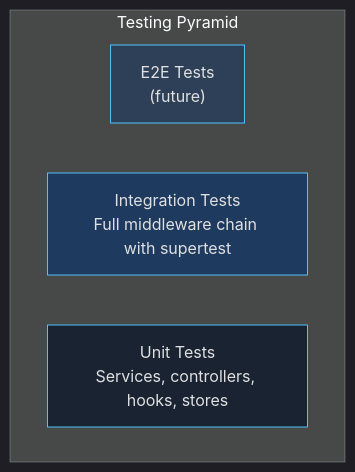
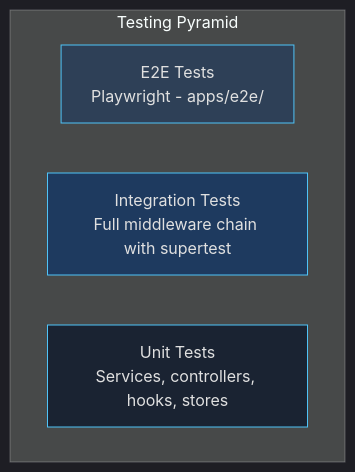
The diagram in project-docs/developer/testing/README.md (MichaelLeeHobbs/fullstack-template), drawn with Mermaid before and after one commit. The commit also changed other lines of this file and 11 other files, not shown here.

````diff
--- a/project-docs/developer/testing/README.md
+++ b/project-docs/developer/testing/README.md
@@ -11,13 +11,13 @@
 ```mermaid
 %%{init: {'theme': 'dark', 'themeVariables': {'primaryColor': '#1e3a5f', 'primaryTextColor': '#e0e0e0', 'primaryBorderColor': '#4fc3f7', 'lineColor': '#81d4fa', 'secondaryColor': '#2e4057', 'tertiaryColor': '#1a2332', 'noteTextColor': '#e0e0e0', 'noteBkgColor': '#2e4057', 'noteBorderColor': '#4fc3f7'}}}%%
 graph TB
     subgraph Pyramid["Testing Pyramid"]
-        E2E["E2E Tests<br/>(future)"]
+        E2E["E2E Tests<br/>Playwright - apps/e2e/"]
         INT["Integration Tests<br/>Full middleware chain with supertest"]
         UNIT["Unit Tests<br/>Services, controllers, hooks, stores"]
     end
 
     style E2E fill:#2e4057,stroke:#4fc3f7,color:#e0e0e0
     style INT fill:#1e3a5f,stroke:#4fc3f7,color:#e0e0e0
     style UNIT fill:#1a2332,stroke:#4fc3f7,color:#e0e0e0
 ```
````
